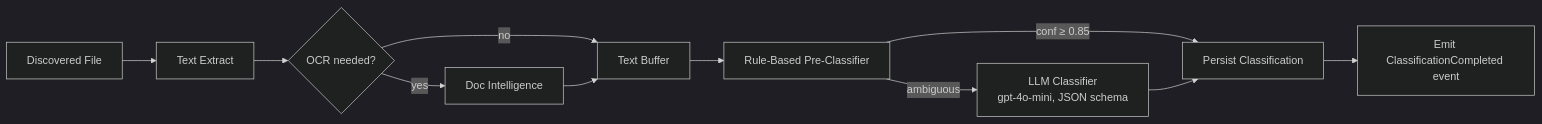
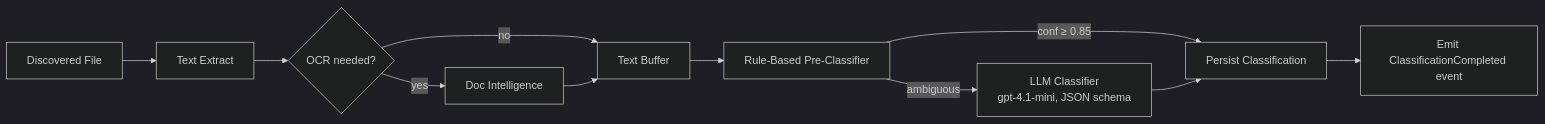
Diagram 13 of 19 in docs/SDD.md (varshaengg/AI.Regulatory), drawn with Mermaid (dark theme) before and after one commit. The commit also changed other lines of this file and 2 other files, not shown here.

Commit message:
fix(infra): use supported GPT-4.1-mini deployment (ADR-020)

````diff
--- a/docs/SDD.md
+++ b/docs/SDD.md
@@ -1416,13 +1416,13 @@
 ```mermaid
 flowchart LR
     A[Discovered File] --> B[Text Extract]
     B --> C{OCR needed?}
     C -- yes --> D[Doc Intelligence]
     C -- no --> E[Text Buffer]
     D --> E
     E --> F[Rule-Based Pre-Classifier]
     F -->|conf ≥ 0.85| Z[Persist Classification]
-    F -->|ambiguous| G[LLM Classifier<br/>gpt-4o-mini, JSON schema]
+    F -->|ambiguous| G[LLM Classifier<br/>gpt-4.1-mini, JSON schema]
     G --> Z
     Z --> H[Emit ClassificationCompleted event]
 ```
````
